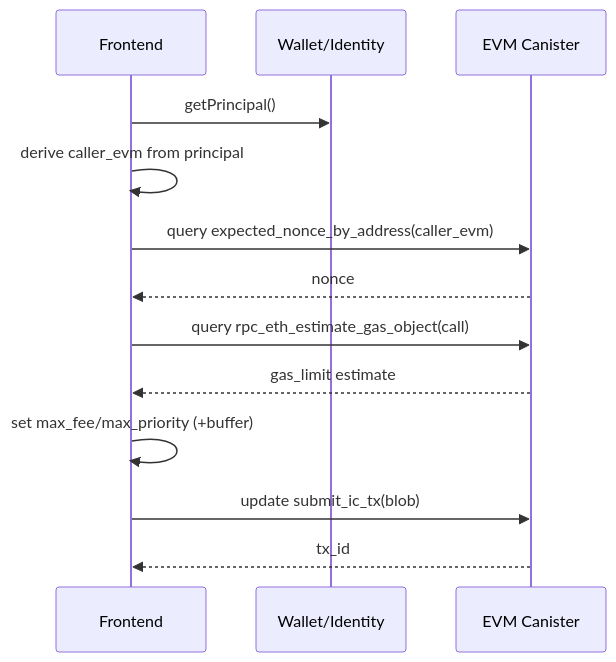
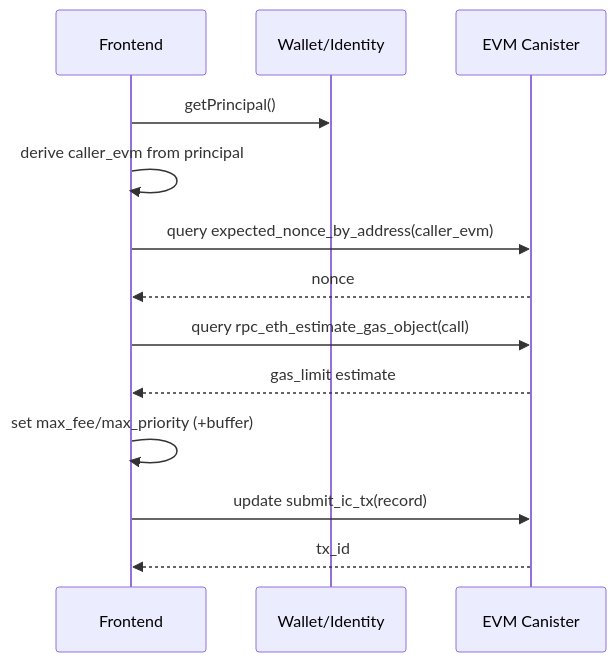
The third of 3 diagrams in README.md (humandebri/Kasane), drawn with Mermaid before and after one commit. The commit also changed other lines of this file and 93 other files, not shown here.

````diff
--- a/README.md
+++ b/README.md
@@ -127,16 +127,16 @@
 ```mermaid
 sequenceDiagram
   participant UI as Frontend
   participant W as Wallet/Identity
   participant C as EVM Canister
 
   UI->>W: getPrincipal()
   UI->>UI: derive caller_evm from principal
   UI->>C: query expected_nonce_by_address(caller_evm)
   C-->>UI: nonce
   UI->>C: query rpc_eth_estimate_gas_object(call)
   C-->>UI: gas_limit estimate
   UI->>UI: set max_fee/max_priority (+buffer)
-  UI->>C: update submit_ic_tx(blob)
+  UI->>C: update submit_ic_tx(record)
   C-->>UI: tx_id
 ```
````
